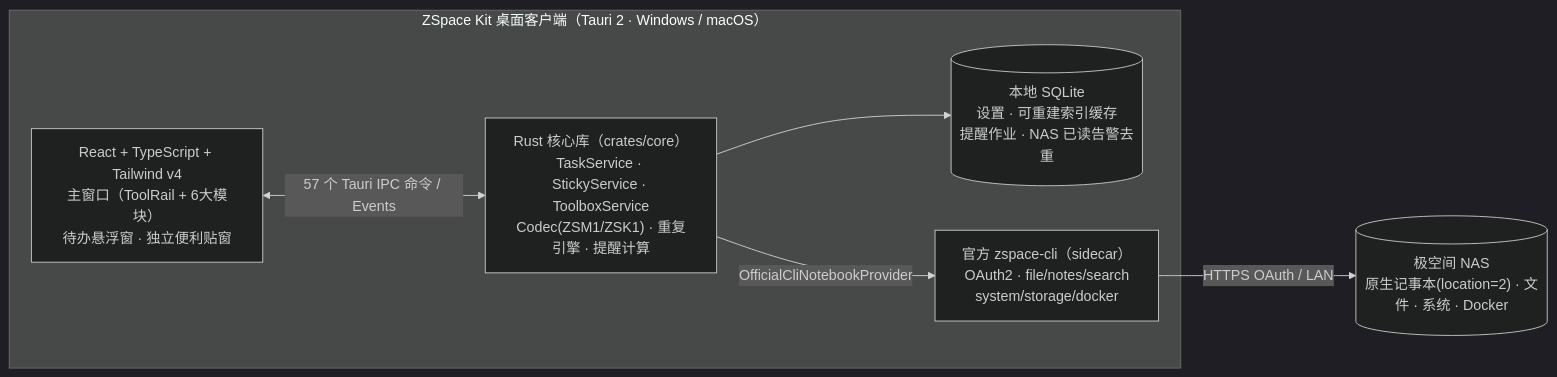
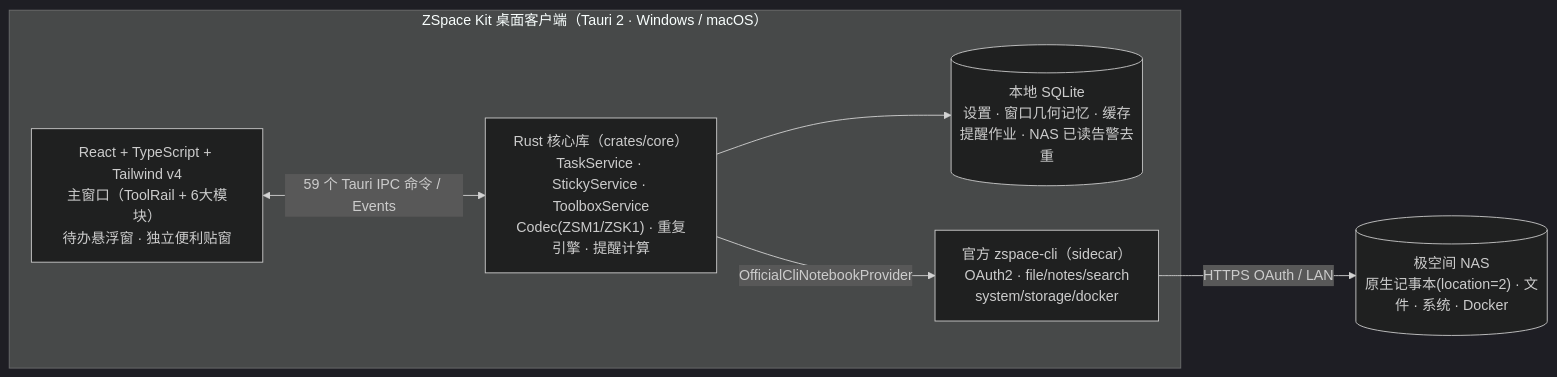
Before and after one commit to garyhj/ZSpaceMemo: the diagram in README.md, drawn with Mermaid (dark theme). The commit also changed other lines of this file and 16 other files, not shown here.

````diff
--- a/README.md
+++ b/README.md
@@ -49,14 +49,14 @@
 ```mermaid
 flowchart LR
   subgraph App["ZSpace Kit 桌面客户端（Tauri 2 · Windows / macOS）"]
     UI["React + TypeScript + Tailwind v4<br/>主窗口（ToolRail + 6大模块）<br/>待办悬浮窗 · 独立便利贴窗"]
     CORE["Rust 核心库（crates/core）<br/>TaskService · StickyService · ToolboxService<br/>Codec(ZSM1/ZSK1) · 重复引擎 · 提醒计算"]
-    DB[("本地 SQLite<br/>设置 · 可重建索引缓存<br/>提醒作业 · NAS 已读告警去重")]
+    DB[("本地 SQLite<br/>设置 · 窗口几何记忆 · 缓存<br/>提醒作业 · NAS 已读告警去重")]
     CLI["官方 zspace-cli（sidecar）<br/>OAuth2 · file/notes/search<br/>system/storage/docker"]
   end
   NAS[("极空间 NAS<br/>原生记事本(location=2) · 文件 · 系统 · Docker")]
 
-  UI <-->|57 个 Tauri IPC 命令 / Events| CORE
+  UI <-->|59 个 Tauri IPC 命令 / Events| CORE
   CORE --> DB
   CORE -->|OfficialCliNotebookProvider| CLI -->|HTTPS OAuth / LAN| NAS
 ```
````
